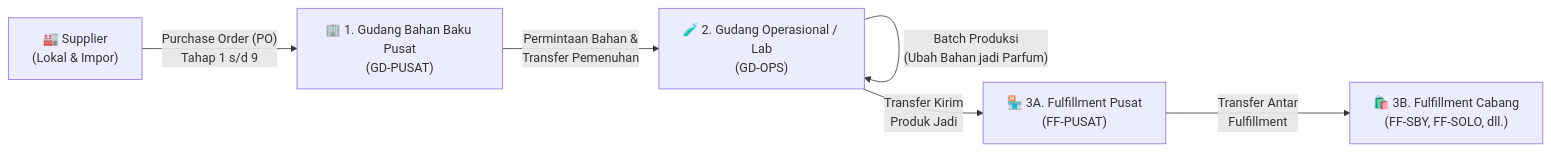
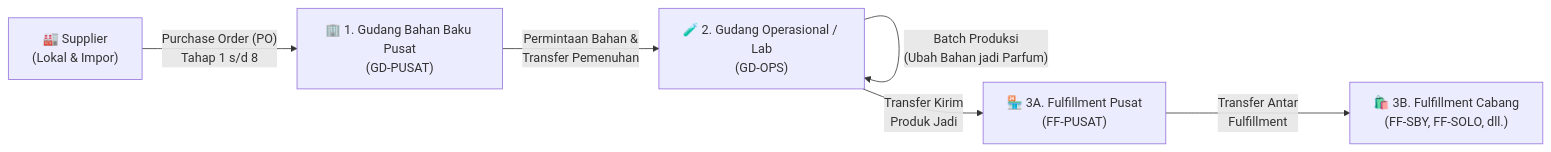
One commit to itdevelopmenths/production-lab-online-hs changed the first of 5 diagrams in DOKUMENTASI_FLOW_BISNIS.md. Above: the diagram before and after it, drawn with Mermaid. The commit also changed other lines of this file and 24 other files, not shown here.

````diff
--- a/DOKUMENTASI_FLOW_BISNIS.md
+++ b/DOKUMENTASI_FLOW_BISNIS.md
@@ -75,14 +75,14 @@
 ```mermaid
 flowchart LR
     SUP["🏭 Supplier\n(Lokal & Impor)"]
     GDP["🏢 1. Gudang Bahan Baku Pusat\n(GD-PUSAT)"]
     GDO["🧪 2. Gudang Operasional / Lab\n(GD-OPS)"]
     FFP["🏪 3A. Fulfillment Pusat\n(FF-PUSAT)"]
     FFC["🛍️ 3B. Fulfillment Cabang\n(FF-SBY, FF-SOLO, dll.)"]
 
-    SUP -- "Purchase Order (PO)\nTahap 1 s/d 9" --> GDP
+    SUP -- "Purchase Order (PO)\nTahap 1 s/d 8" --> GDP
     GDP -- "Permintaan Bahan &\nTransfer Pemenuhan" --> GDO
     GDO -- "Batch Produksi\n(Ubah Bahan jadi Parfum)" --> GDO
     GDO -- "Transfer Kirim\nProduk Jadi" --> FFP
     FFP -- "Transfer Antar\nFulfillment" --> FFC
 ```
````
